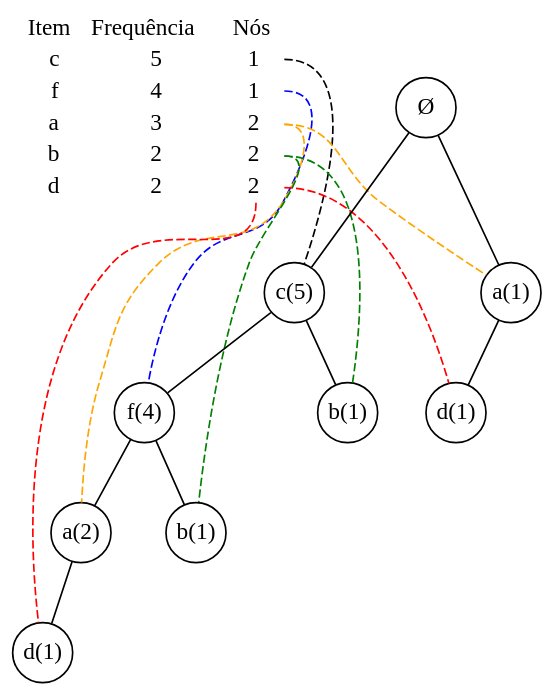
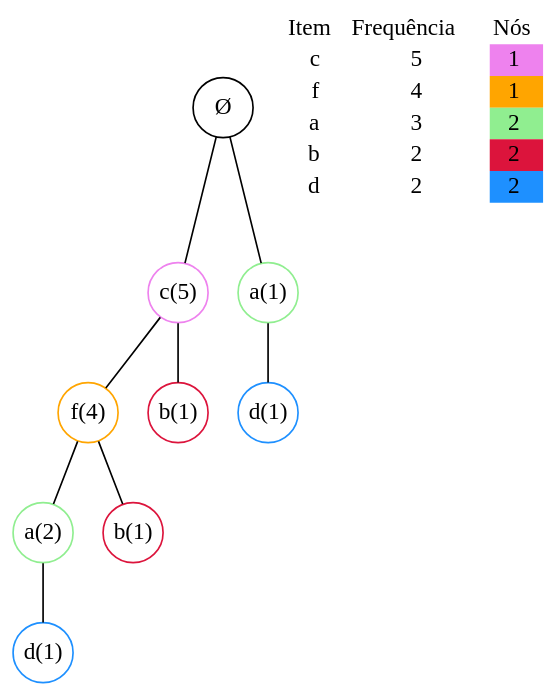
The second of 11 diagrams in notebook.org (gahag-notes/descriptive-learning), drawn with Graphviz before and after one commit. The commit also changed other lines of this file and 11 other files, not shown here.

```diff
--- a/notebook.org
+++ b/notebook.org
@@ -308,48 +312,39 @@
-    #+begin_src dot :file images/fp-tree-2.svg
-      graph g {
-        graph [ bgcolor = transparent ]
-        node [ shape=circle, margin = 0 ]
-
-        tbl [
-          shape = plaintext
-          label = <
-            <table border='0' cellspacing='0'>
-              <tr><td>Item</td><td>Frequência</td><td>Nós</td></tr>
-              <tr><td>c</td><td>5</td><td port='c'>1</td></tr>
-              <tr><td>f</td><td>4</td><td port='f'>1</td></tr>
-              <tr><td>a</td><td>3</td><td port='a'>2</td></tr>
-              <tr><td>b</td><td>2</td><td port='b'>2</td></tr>
-              <tr><td>d</td><td>2</td><td port='d'>2</td></tr>
-            </table>
-          >
-        ]
-
-        root [ label = Ø ];
-        c1 [ label = "c(5)" ]
-        f1 [ label = "f(4)" ]
-        a1 [ label = "a(2)" ]
-        d1 [ label = "d(1)" ]
-        b1 [ label = "b(1)" ]
-        b2 [ label = "b(1)" ]
-        a2 [ label = "a(1)" ]
-        d2 [ label = "d(1)" ]
-
-        root -- c1
-        c1 -- f1
-        f1 -- a1
-        a1 -- d1
-        f1 -- b1
-        c1 -- b2
-        root -- a2
-        a2 -- d2
-
-        tbl:c -- c1 [ style = dashed ]
-        tbl:f -- f1 [ style = dashed, color = blue ]
-        tbl:a -- a1 [ style = dashed, color = orange ]
-        tbl:a -- a2 [ style = dashed, color = orange ]
-        tbl:b -- b1 [ style = dashed, color = green ]
-        tbl:b -- b2 [ style = dashed, color = green ]
-        tbl:d -- d1 [ style = dashed, color = red ]
-        tbl:d -- d2 [ style = dashed, color = red ]
-      }
-    #+end_src
+       #+begin_src dot :file images/fp-tree-2.svg
+         graph g {
+           graph [ bgcolor = transparent ]
+           node [ shape=circle, margin = 0 ]
+   
+           root [ label = Ø ];
+           c1 [ label = "c(5)", color = violet ]
+           f1 [ label = "f(4)", color = orange ]
+           a1 [ label = "a(2)", color = lightgreen ]
+           d1 [ label = "d(1)", color = dodgerblue ]
+           b1 [ label = "b(1)", color = crimson ]
+           b2 [ label = "b(1)", color = crimson ]
+           a2 [ label = "a(1)", color = lightgreen ]
+           d2 [ label = "d(1)", color = dodgerblue ]
+   
+           tbl [
+             shape = plaintext
+             label = <
+               <table border='0' cellspacing='0'>
+                 <tr><td>Item</td><td>Frequência</td><td>Nós</td></tr>
+                 <tr><td>c</td><td>5</td><td bgcolor='violet'>1</td></tr>
+                 <tr><td>f</td><td>4</td><td bgcolor='orange'>1</td></tr>
+                 <tr><td>a</td><td>3</td><td bgcolor='lightgreen'>2</td></tr>
+                 <tr><td>b</td><td>2</td><td bgcolor='crimson'>2</td></tr>
+                 <tr><td>d</td><td>2</td><td bgcolor='dodgerblue'>2</td></tr>
+               </table>
+             >
+           ]
+   
+           root -- c1
+           c1 -- f1
+           f1 -- a1
+           a1 -- d1
+           f1 -- b1
+           c1 -- b2
+           root -- a2
+           a2 -- d2
+         }
+       #+end_src
```
